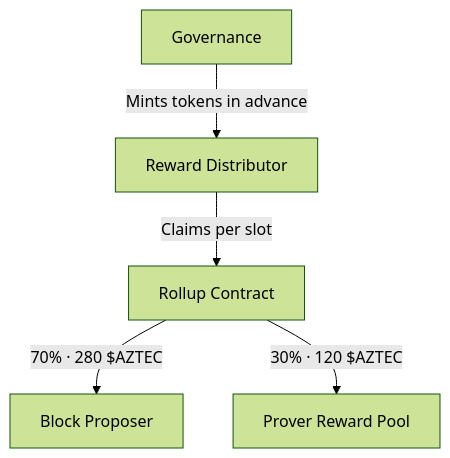
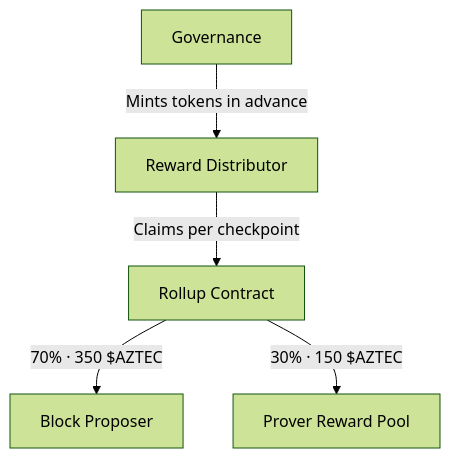
The diagram in docs/docs-participate/token/economics.md (AztecProtocol/aztec-packages), drawn with Mermaid (forest theme) before and after one commit. The commit also changed other lines of this file and 15 other files, not shown here.

````diff
--- a/docs/docs-participate/token/economics.md
+++ b/docs/docs-participate/token/economics.md
@@ -31,7 +33,7 @@
 ```mermaid
 flowchart TD
     Governance[Governance] -->|Mints tokens in advance| Dist[Reward Distributor]
-    Dist -->|Claims per slot| Rollup[Rollup Contract]
-    Rollup -->|70% · 280 $AZTEC| Seq[Block Proposer]
-    Rollup -->|30% · 120 $AZTEC| ProverPool[Prover Reward Pool]
+    Dist -->|Claims per checkpoint| Rollup[Rollup Contract]
+    Rollup -->|70% · 350 $AZTEC| Seq[Block Proposer]
+    Rollup -->|30% · 150 $AZTEC| ProverPool[Prover Reward Pool]
 ```
````
